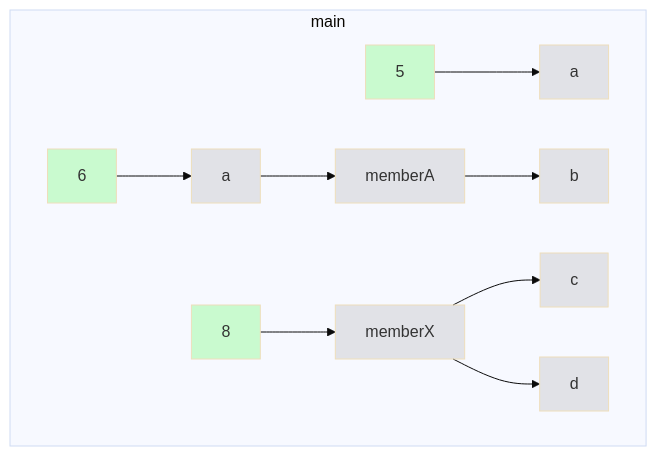
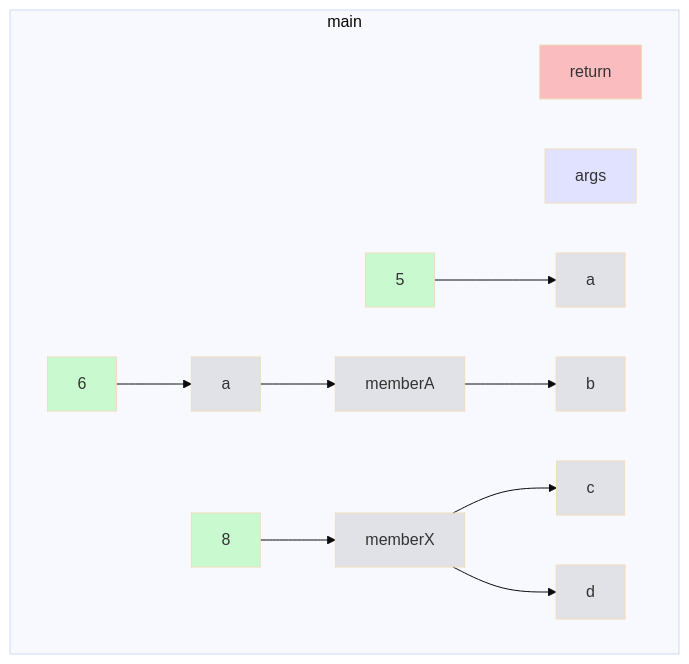
The diagram in app/src/test/resources/member/truth.md (gstiebler/codeflow), drawn with Mermaid (base theme) before and after one commit. The commit also changed 3 other files, not shown here.

````diff
--- a/app/src/test/resources/member/truth.md
+++ b/app/src/test/resources/member/truth.md
@@ -1,17 +1,28 @@
 ```mermaid
 flowchart TD
   subgraph main
+    453632783[return]:::RETURN
+    453632807[args]:::FUNC_PARAM
+    453632840[5]:::LITERAL
+    453632851[a]:::VARIABLE
+    453632855[6]:::LITERAL
+    453632866[memberA]:::VARIABLE
+    453632887[b]:::VARIABLE
+    453632979[memberX]:::VARIABLE
+    453632993[8]:::LITERAL
+    453633027[c]:::VARIABLE
+    453633083[d]:::VARIABLE
     453632840[5]:::LITERAL --> 453632832[a]:::VARIABLE
     453632851[a]:::VARIABLE --> 453632866[memberA]:::VARIABLE
     453632855[6]:::LITERAL --> 453632851[a]:::VARIABLE
     453632866[memberA]:::VARIABLE --> 453632887[b]:::VARIABLE
     453632979[memberX]:::VARIABLE --> 453633027[c]:::VARIABLE
     453632979[memberX]:::VARIABLE --> 453633083[d]:::VARIABLE
     453632993[8]:::LITERAL --> 453632979[memberX]:::VARIABLE
   end
   classDef LITERAL fill:#00FF0030
   classDef VARIABLE fill:#80808030
   classDef BIN_OP fill:#80808080
   classDef FUNC_PARAM fill:#8080FF30
   classDef RETURN fill:#FF808080
 ```
````
